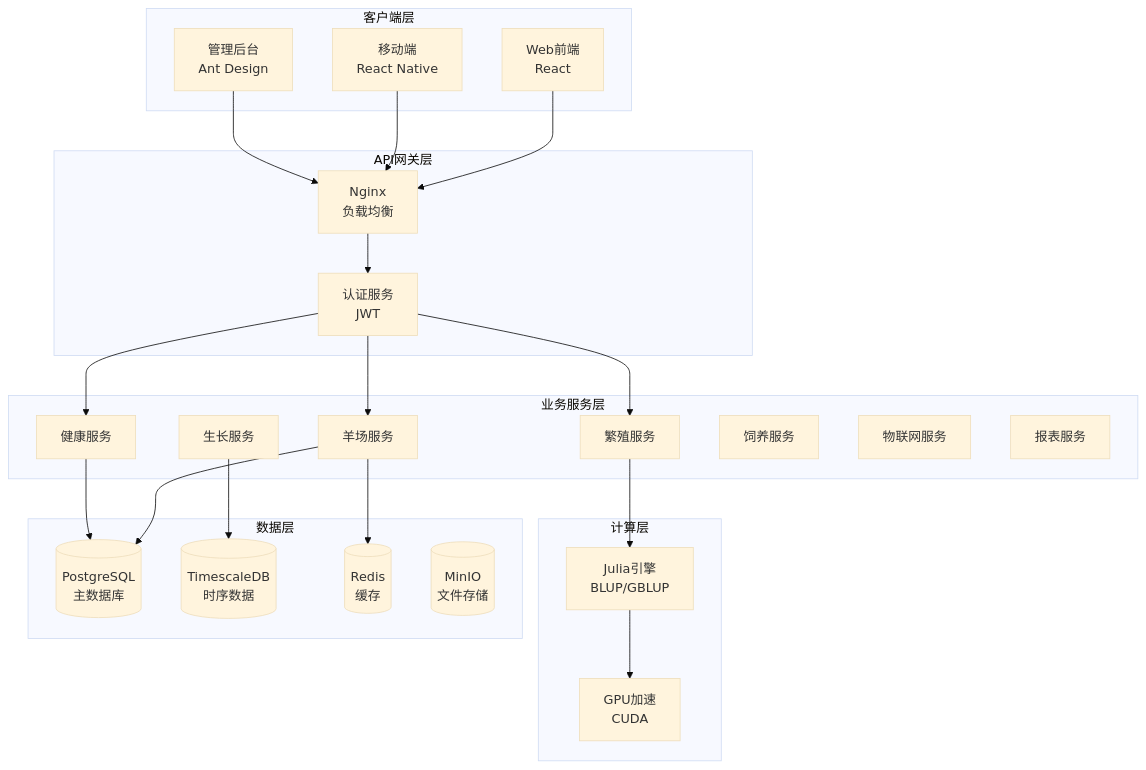
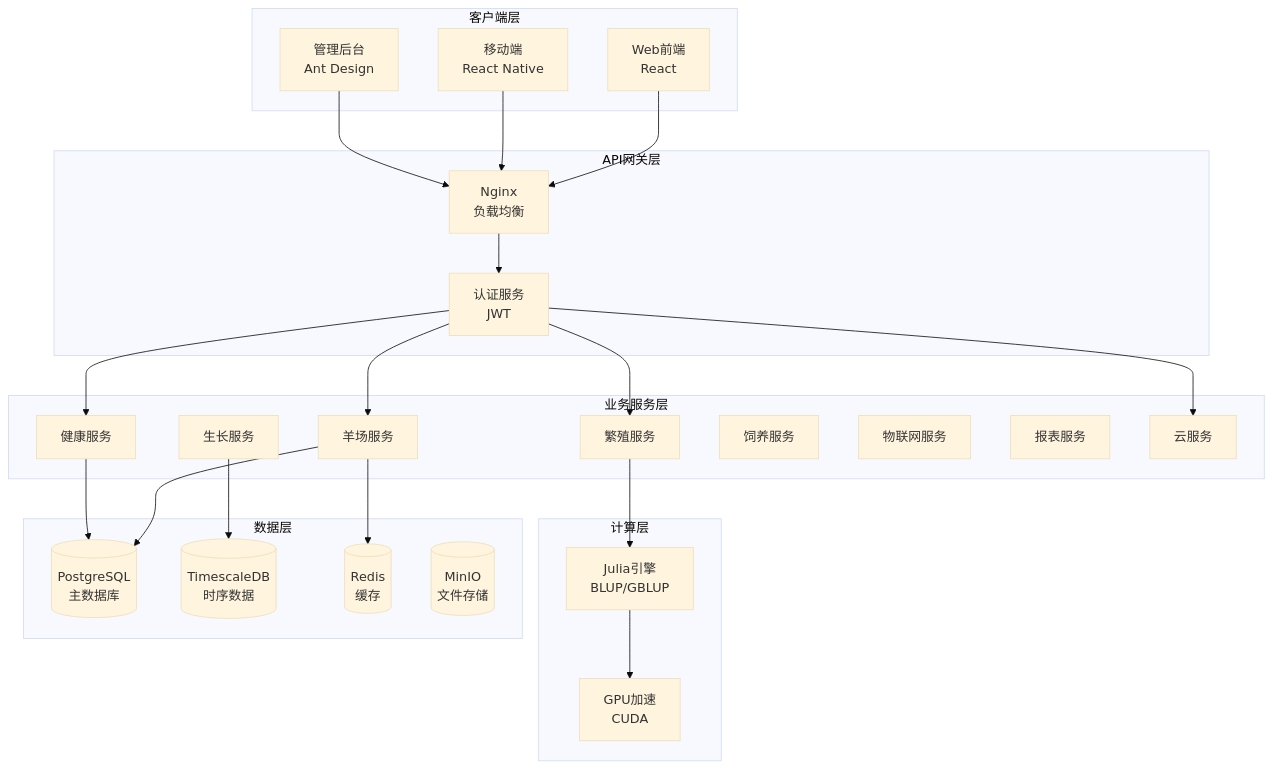
The fourth of 22 diagrams in docs/USER_MANUAL_ZH.md (1958126580/Sheep_breeding), drawn with Mermaid (base theme) before and after one commit. The commit also changed other lines of this file and 31 other files, not shown here.

````diff
--- a/docs/USER_MANUAL_ZH.md
+++ b/docs/USER_MANUAL_ZH.md
@@ -99,49 +100,51 @@
 ```mermaid
 graph TB
     subgraph 客户端层
         WEB[Web前端<br/>React]
         MOBILE[移动端<br/>React Native]
         ADMIN[管理后台<br/>Ant Design]
     end
 
     subgraph API网关层
         GATEWAY[Nginx<br/>负载均衡]
         AUTH[认证服务<br/>JWT]
     end
 
     subgraph 业务服务层
         FARM[羊场服务]
         HEALTH[健康服务]
         REPRO[繁殖服务]
         GROWTH[生长服务]
         FEED[饲养服务]
         IOT[物联网服务]
         REPORT[报表服务]
+        CLOUD[云服务]
     end
 
     subgraph 计算层
         JULIA[Julia引擎<br/>BLUP/GBLUP]
         GPU[GPU加速<br/>CUDA]
     end
 
     subgraph 数据层
         PG[(PostgreSQL<br/>主数据库)]
         TS[(TimescaleDB<br/>时序数据)]
         REDIS[(Redis<br/>缓存)]
         MINIO[(MinIO<br/>文件存储)]
     end
 
     WEB --> GATEWAY
     MOBILE --> GATEWAY
     ADMIN --> GATEWAY
     GATEWAY --> AUTH
     AUTH --> FARM
     AUTH --> HEALTH
     AUTH --> REPRO
+    AUTH --> CLOUD
     FARM --> PG
     HEALTH --> PG
     REPRO --> JULIA
     JULIA --> GPU
     GROWTH --> TS
     FARM --> REDIS
 ```
````
